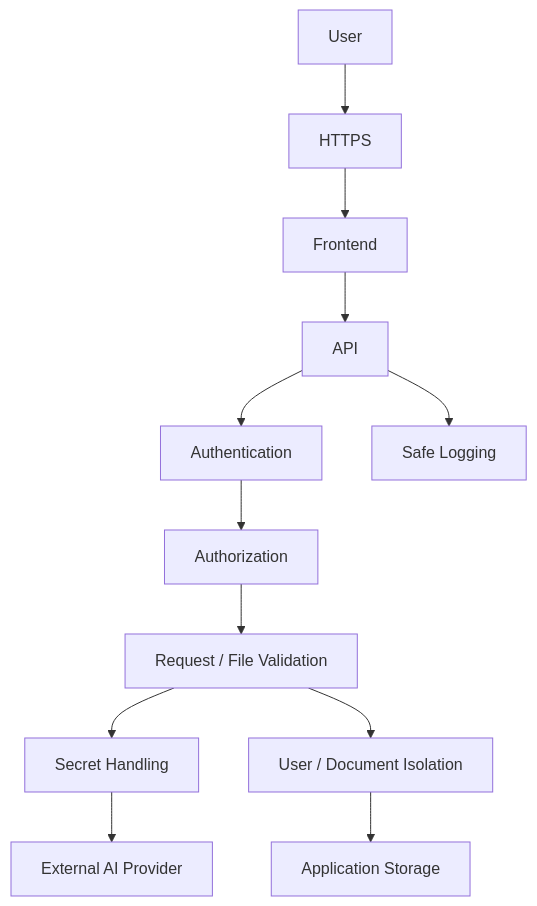
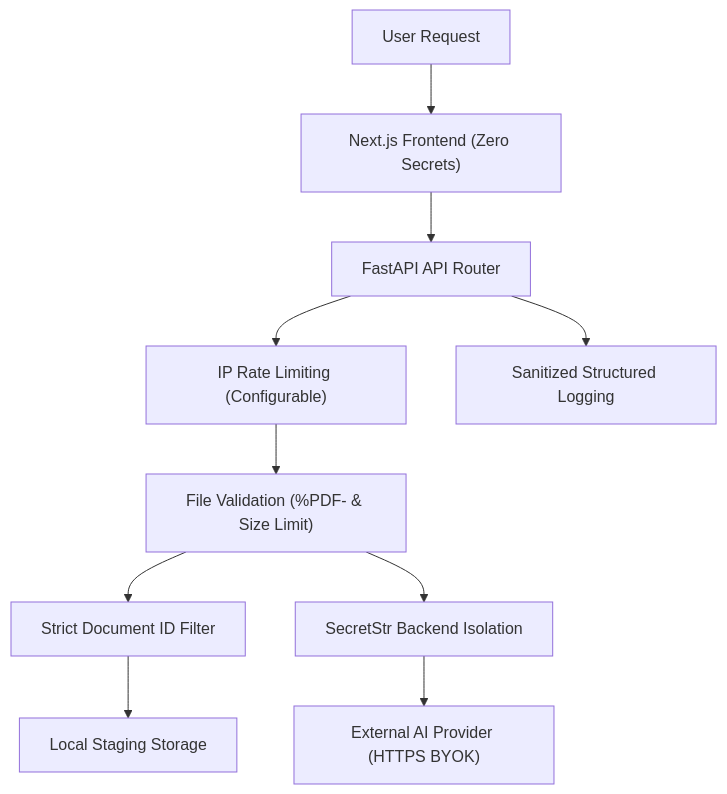
One commit to Tech-Siddhant/doculens-ai changed diagram 16 of 26 in docs/architecture.md. Above: the diagram before and after it, drawn with Mermaid. The commit also changed other lines of this file and 3 other files, not shown here.

Commit message:
docs: finalize architecture consistency and deployment config

````diff
--- a/docs/architecture.md
+++ b/docs/architecture.md
@@ -987,43 +984,37 @@
 ```mermaid
 flowchart TB
 
-    USER["User"]
+    USER["User Request"]
 
-    HTTPS["HTTPS"]
+    FRONTEND["Next.js Frontend (Zero Secrets)"]
 
-    FRONTEND["Frontend"]
+    API["FastAPI API Router"]
 
-    API["API"]
+    RATE_LIMIT["IP Rate Limiting (Configurable)"]
 
-    AUTH["Authentication"]
+    VALIDATION["File Validation (%PDF- & Size Limit)"]
 
-    AUTHZ["Authorization"]
+    SECRETS["SecretStr Backend Isolation"]
 
-    VALIDATION["Request / File Validation"]
+    ISOLATION["Strict Document ID Filter"]
 
-    SECRETS["Secret Handling"]
+    LOGGING["Sanitized Structured Logging"]
 
-    ISOLATION["User / Document Isolation"]
+    PROVIDER["External AI Provider (HTTPS BYOK)"]
 
-    LOGGING["Safe Logging"]
+    STORAGE["Local Staging Storage"]
 
-    PROVIDER["External AI Provider"]
-
-    STORAGE["Application Storage"]
-
-    USER --> HTTPS
-    HTTPS --> FRONTEND
+    USER --> FRONTEND
     FRONTEND --> API
 
-    API --> AUTH
-    AUTH --> AUTHZ
-    AUTHZ --> VALIDATION
+    API --> RATE_LIMIT
+    RATE_LIMIT --> VALIDATION
 
+    VALIDATION --> ISOLATION
     VALIDATION --> SECRETS
-    VALIDATION --> ISOLATION
 
     ISOLATION --> STORAGE
     SECRETS --> PROVIDER
 
     API --> LOGGING
 ```
````
